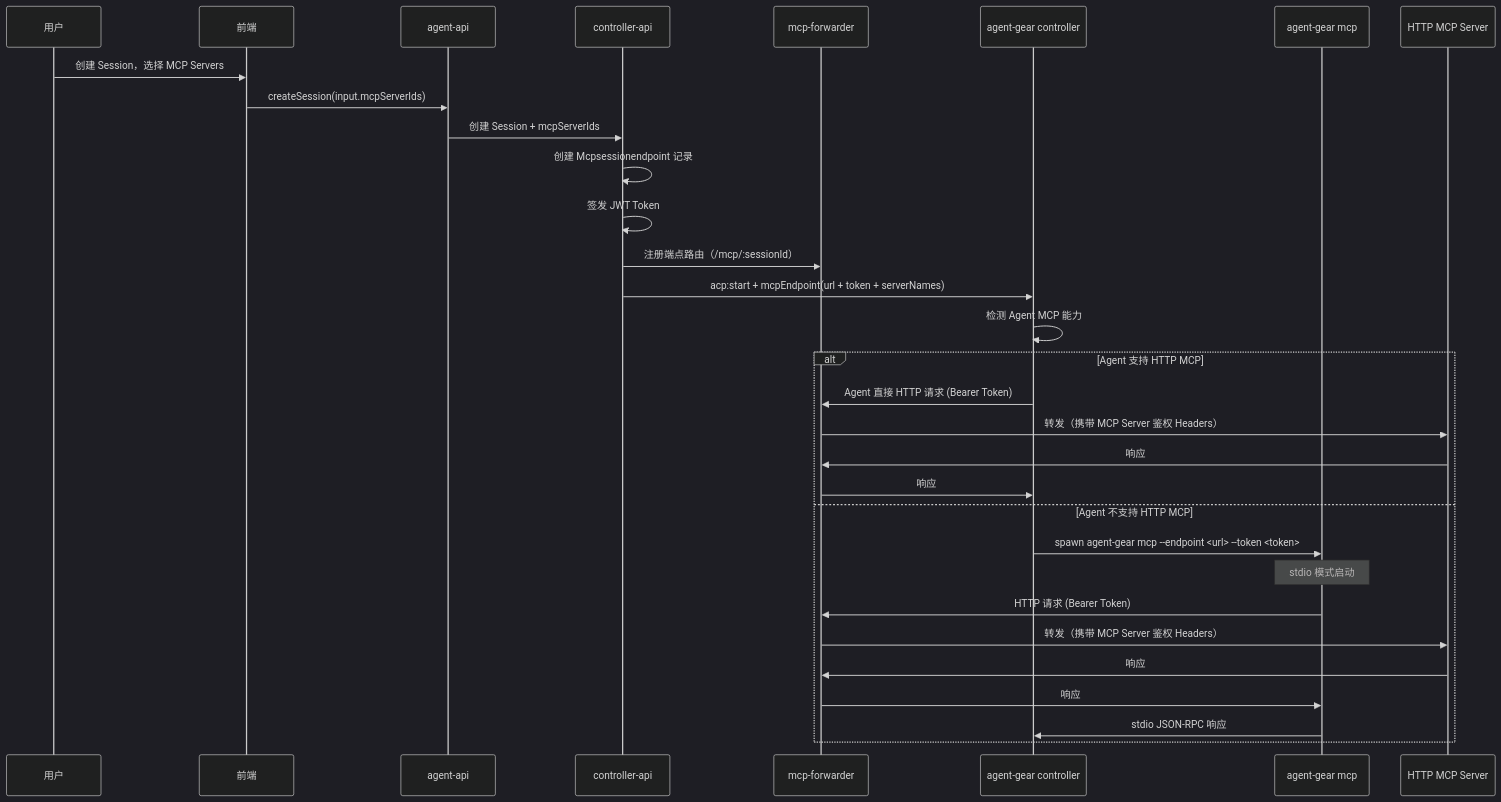
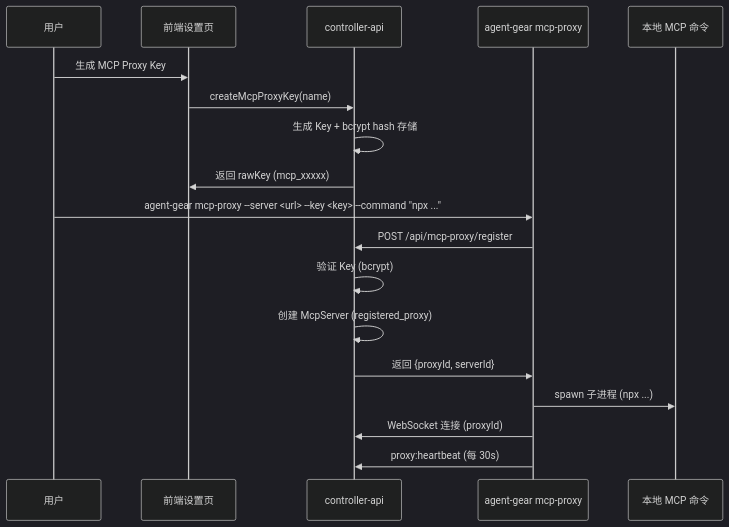
The third of 5 diagrams in docs/engineering/proposals/20260530-feat-mcp-proxy-config.md (Deliay/z-agent-gear), drawn with Mermaid (dark theme) before and after one commit. The commit also changed other lines of this file, not shown here.

````diff
--- a/docs/engineering/proposals/20260530-feat-mcp-proxy-config.md
+++ b/docs/engineering/proposals/20260530-feat-mcp-proxy-config.md
@@ -580,37 +483,23 @@
 ```mermaid
 sequenceDiagram
     participant U as 用户
-    participant FE as 前端
-    participant API as agent-api
+    participant UI as 前端设置页
     participant CAPI as controller-api
-    participant FWD as mcp-forwarder
-    participant CTRL as agent-gear controller
-    participant MCP代理 as agent-gear mcp
-    participant MCP as HTTP MCP Server
+    participant CTRL as agent-gear mcp-proxy
+    participant CMD as 本地 MCP 命令
 
-    U->>FE: 创建 Session，选择 MCP Servers
-    FE->>API: createSession(input.mcpServerIds)
-    API->>CAPI: 创建 Session + mcpServerIds
+    U->>UI: 生成 MCP Proxy Key
+    UI->>CAPI: createMcpProxyKey(name)
+    CAPI->>CAPI: 生成 Key + bcrypt hash 存储
+    CAPI->>UI: 返回 rawKey (mcp_xxxxx)
 
-    CAPI->>CAPI: 创建 Mcpsessionendpoint 记录
-    CAPI->>CAPI: 签发 JWT Token
-    CAPI->>FWD: 注册端点路由（/mcp/:sessionId）
-    CAPI->>CTRL: acp:start + mcpEndpoint(url + token + serverNames)
+    U->>CTRL: agent-gear mcp-proxy --server <url> --key <key> --command "npx ..."
+    CTRL->>CAPI: POST /api/mcp-proxy/register
+    CAPI->>CAPI: 验证 Key (bcrypt)
+    CAPI->>CAPI: 创建 McpServer (registered_proxy)
+    CAPI->>CTRL: 返回 {proxyId, serverId}
 
-    CTRL->>CTRL: 检测 Agent MCP 能力
-
-    alt Agent 支持 HTTP MCP
-        CTRL->>FWD: Agent 直接 HTTP 请求 (Bearer Token)
-        FWD->>MCP: 转发（携带 MCP Server 鉴权 Headers）
-        MCP->>FWD: 响应
-        FWD->>CTRL: 响应
-    else Agent 不支持 HTTP MCP
-        CTRL->>MCP代理: spawn agent-gear mcp --endpoint <url> --token <token>
-        Note over MCP代理: stdio 模式启动
-        MCP代理->>FWD: HTTP 请求 (Bearer Token)
-        FWD->>MCP: 转发（携带 MCP Server 鉴权 Headers）
-        MCP->>FWD: 响应
-        FWD->>MCP代理: 响应
-        MCP代理->>CTRL: stdio JSON-RPC 响应
-    end
+    CTRL->>CMD: spawn 子进程 (npx ...)
+    CTRL->>CAPI: WebSocket 连接 (proxyId)
+    CTRL->>CAPI: proxy:heartbeat (每 30s)
 ```
````
